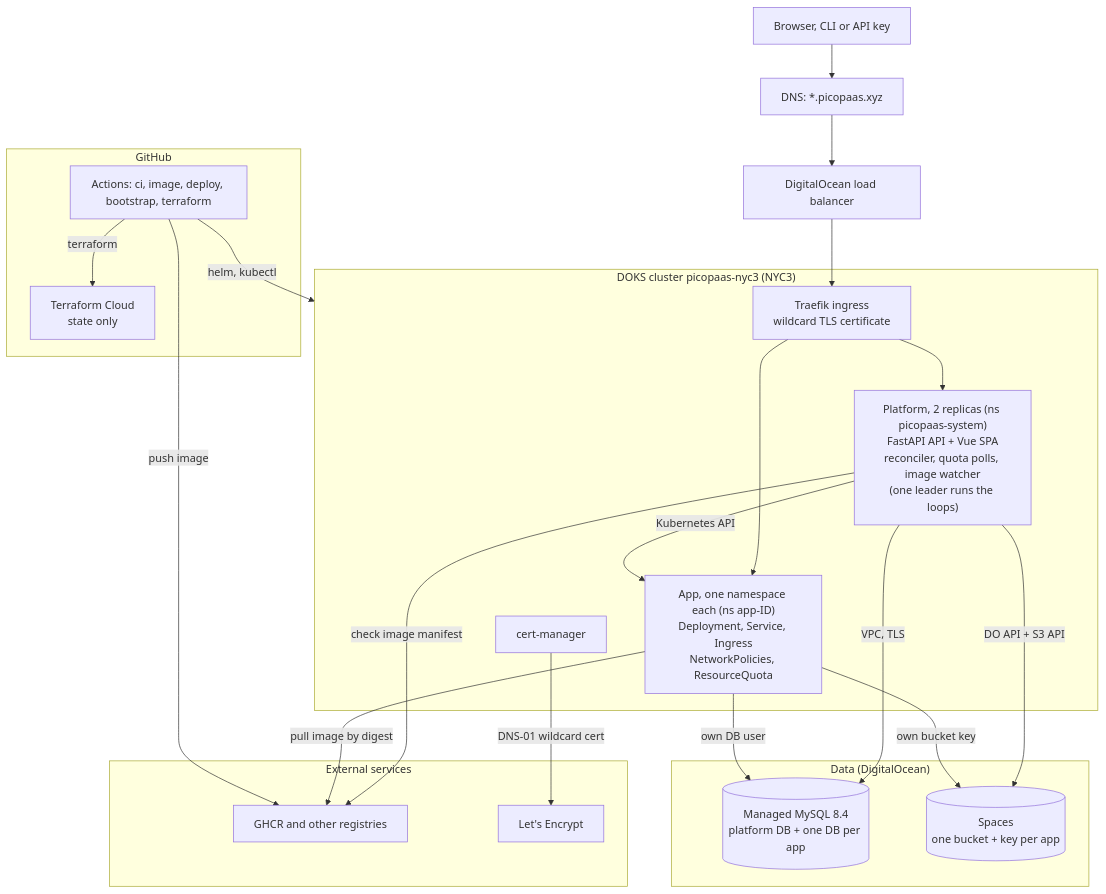
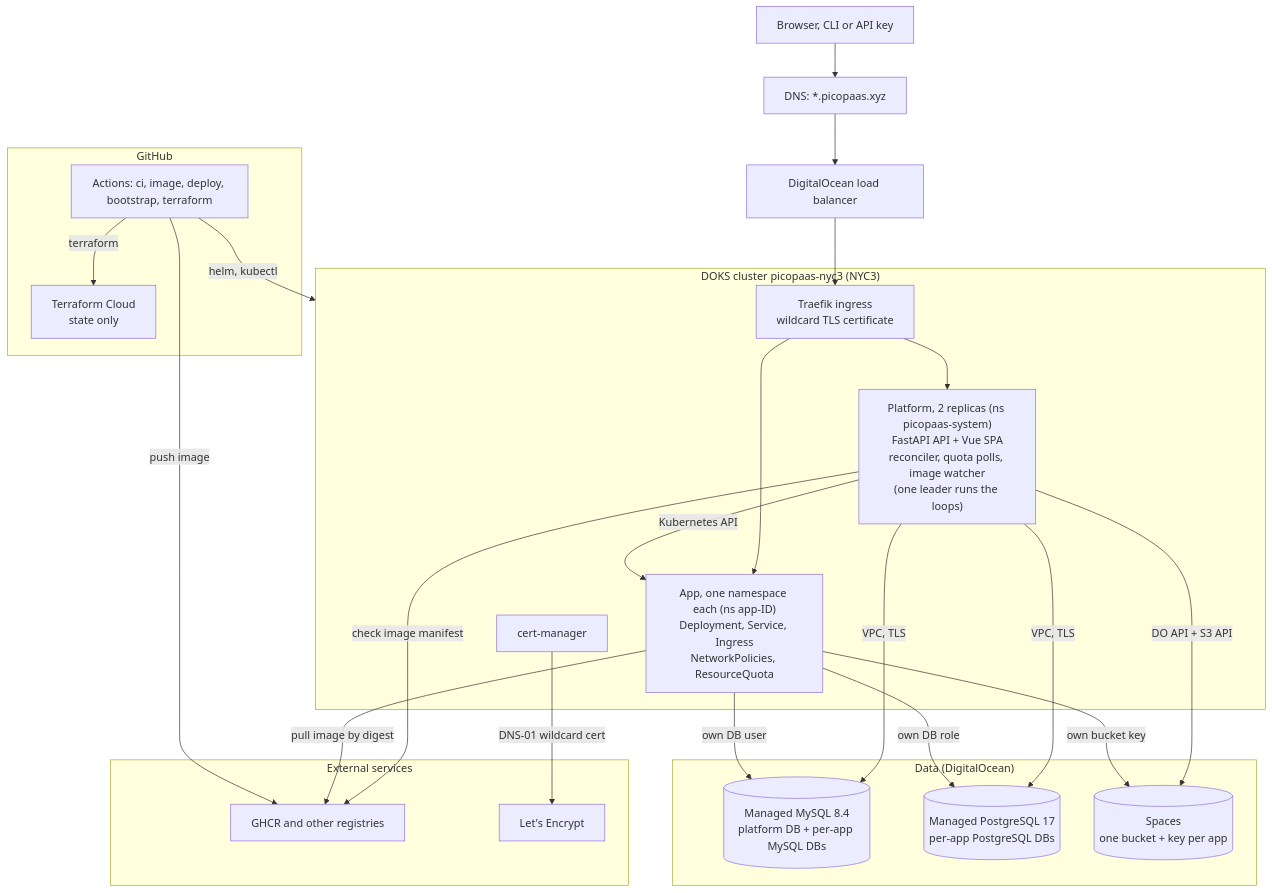
Before and after one commit to seaburr/picopaas: the first of 2 diagrams in README.md, drawn with Mermaid. The commit also changed other lines of this file and 5 other files, not shown here.

First line of the commit message:
docs: present MySQL and PostgreSQL, not MySQL-only; update cost model

````diff
--- a/README.md
+++ b/README.md
@@ -44,47 +44,50 @@
 ```mermaid
 flowchart TB
   user["Browser, CLI or API key"]
   dns["DNS: *.picopaas.xyz"]
   lb["DigitalOcean load balancer"]
   user --> dns --> lb
 
   subgraph doks["DOKS cluster picopaas-nyc3 (NYC3)"]
     traefik["Traefik ingress<br/>wildcard TLS certificate"]
     plat["Platform, 2 replicas (ns picopaas-system)<br/>FastAPI API + Vue SPA<br/>reconciler, quota polls, image watcher<br/>(one leader runs the loops)"]
     app["App, one namespace each (ns app-ID)<br/>Deployment, Service, Ingress<br/>NetworkPolicies, ResourceQuota"]
     cm["cert-manager"]
   end
 
   lb --> traefik
   traefik --> plat
   traefik --> app
   plat -- "Kubernetes API" --> app
 
   subgraph data["Data (DigitalOcean)"]
-    mysql[("Managed MySQL 8.4<br/>platform DB + one DB per app")]
+    mysql[("Managed MySQL 8.4<br/>platform DB + per-app MySQL DBs")]
+    pg[("Managed PostgreSQL 17<br/>per-app PostgreSQL DBs")]
     spaces[("Spaces<br/>one bucket + key per app")]
   end
 
   plat -- "VPC, TLS" --> mysql
+  plat -- "VPC, TLS" --> pg
   plat -- "DO API + S3 API" --> spaces
   app -- "own DB user" --> mysql
+  app -- "own DB role" --> pg
   app -- "own bucket key" --> spaces
 
   subgraph ext["External services"]
     ghcr["GHCR and other registries"]
     le["Let's Encrypt"]
   end
 
   plat -- "check image manifest" --> ghcr
   app -- "pull image by digest" --> ghcr
   cm -- "DNS-01 wildcard cert" --> le
 
   subgraph ci["GitHub"]
     gha["Actions: ci, image, deploy, bootstrap, terraform"]
     tfc["Terraform Cloud<br/>state only"]
   end
 
   gha -- "helm, kubectl" --> doks
   gha -- "terraform" --> tfc
   gha -- "push image" --> ghcr
 ```
````
